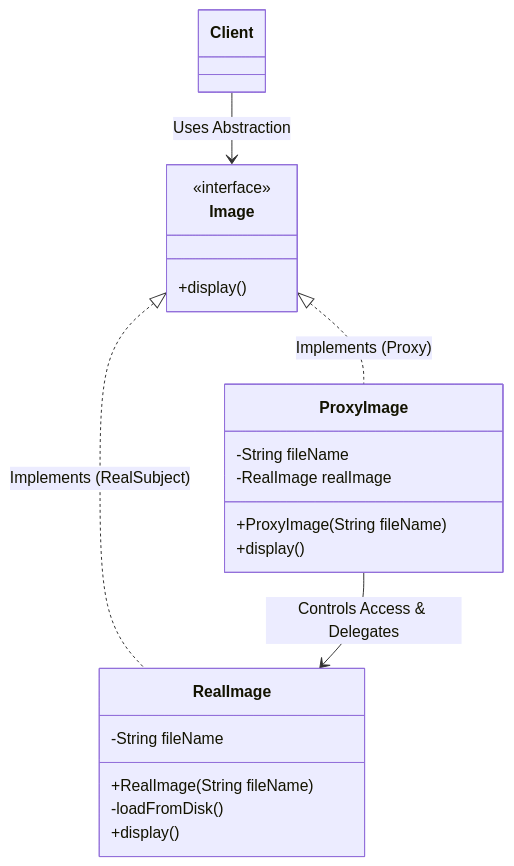
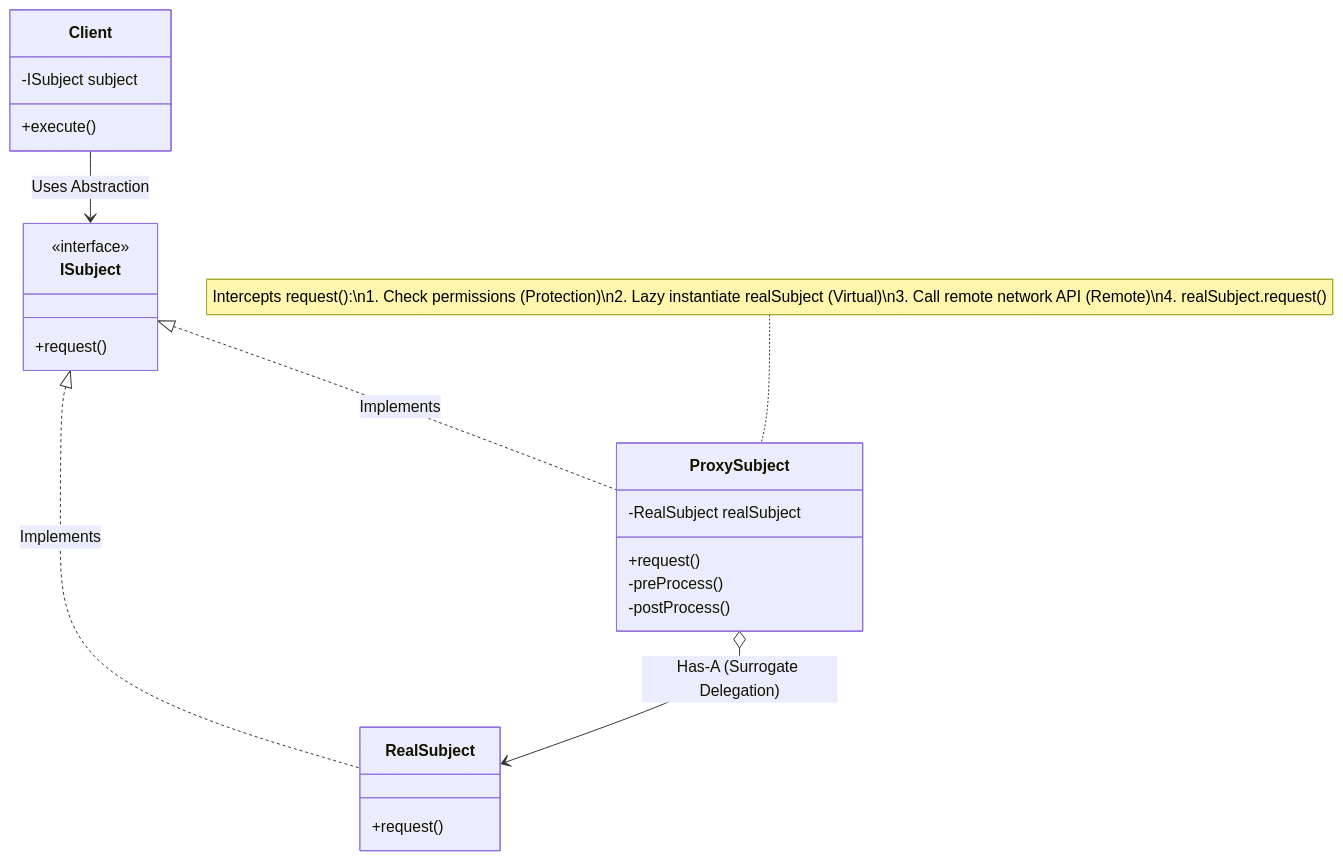
The seventh of 7 diagrams in 04-OOPs-and-Design-Patterns/03-Design-Patterns/21-Proxy-Design-Pattern.md (rohithgowda18/Notes), drawn with Mermaid before and after one commit. The commit also changed other lines of this file and 30 other files, not shown here.

````diff
--- a/04-OOPs-and-Design-Patterns/03-Design-Patterns/21-Proxy-Design-Pattern.md
+++ b/04-OOPs-and-Design-Patterns/03-Design-Patterns/21-Proxy-Design-Pattern.md
@@ -41,29 +207,30 @@
 ```mermaid
 classDiagram
-    class Image {
+    class ISubject {
         <<interface>>
-        +display()
+        +request()
     }
 
-    class RealImage {
-        -String fileName
-        +RealImage(String fileName)
-        -loadFromDisk()
-        +display()
+    class RealSubject {
+        +request()
     }
 
-    class ProxyImage {
-        -String fileName
-        -RealImage realImage
-        +ProxyImage(String fileName)
-        +display()
+    class ProxySubject {
+        -RealSubject realSubject
+        +request()
+        -preProcess()
+        -postProcess()
     }
 
     class Client {
+        -ISubject subject
+        +execute()
     }
 
-    Image <|.. RealImage : Implements (RealSubject)
-    Image <|.. ProxyImage : Implements (Proxy)
-    ProxyImage --> RealImage : Controls Access & Delegates
-    Client --> Image : Uses Abstraction
+    ISubject <|.. RealSubject : Implements
+    ISubject <|.. ProxySubject : Implements
+    ProxySubject o--> RealSubject : Has-A (Surrogate Delegation)
+    Client --> ISubject : Uses Abstraction
+
+    note for ProxySubject "Intercepts request():\n1. Check permissions (Protection)\n2. Lazy instantiate realSubject (Virtual)\n3. Call remote network API (Remote)\n4. realSubject.request()"
 ```
````
